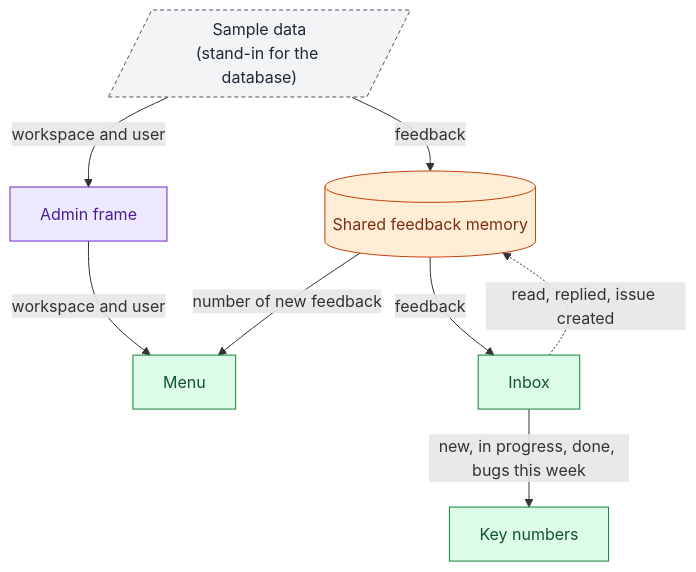
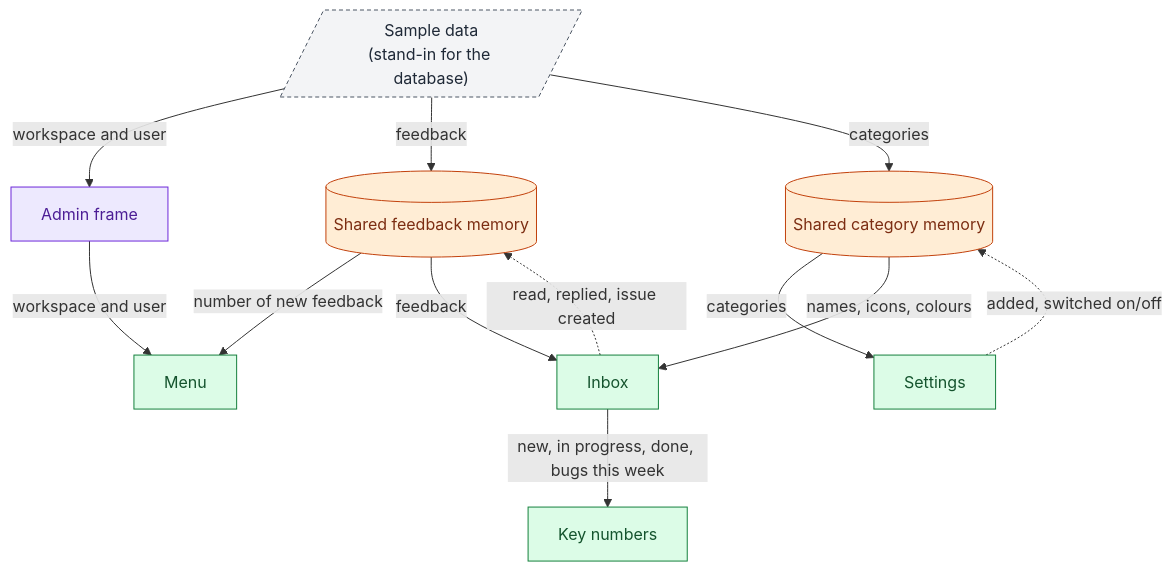
The tenth of 13 diagrams in apps/admin/docs/architecture.md (AlberteViendahl/feedback), drawn with Mermaid before and after one commit. The commit also changed other lines of this file, not shown here.

Commit message:
Updates to architecture

````diff
--- a/apps/admin/docs/architecture.md
+++ b/apps/admin/docs/architecture.md
@@ -427,23 +478,29 @@
 ```mermaid
 flowchart TD
   Sample[/"Sample data<br/>(stand-in for the database)"/]:::mock
   Frame["Admin frame"]:::layout
   Memory[("Shared feedback memory")]:::store
+  CategoryMemory[("Shared category memory")]:::store
   Menu["Menu"]:::component
   Inbox["Inbox"]:::component
   KeyNums["Key numbers"]:::component
+  Settings["Settings"]:::component
 
   Sample -- "workspace and user" --> Frame
   Sample -- "feedback" --> Memory
+  Sample -- "categories" --> CategoryMemory
+  CategoryMemory -- "categories" --> Settings
+  CategoryMemory -- "names, icons, colours" --> Inbox
+  Settings -. "added, switched on/off" .-> CategoryMemory
   Frame -- "workspace and user" --> Menu
   Memory -- "number of new feedback" --> Menu
   Memory -- "feedback" --> Inbox
   Inbox -- "new, in progress, done, bugs this week" --> KeyNums
   Inbox -. "read, replied, issue created" .-> Memory
 
   classDef page fill:#DBEAFE,stroke:#1D4ED8,color:#1E3A8A
   classDef layout fill:#EDE9FE,stroke:#6D28D9,color:#4C1D95
   classDef component fill:#DCFCE7,stroke:#15803D,color:#14532D
   classDef store fill:#FFEDD5,stroke:#C2410C,color:#7C2D12
   classDef mock fill:#F3F4F6,stroke:#4B5563,color:#1F2937,stroke-dasharray:4 3
 ```
````
